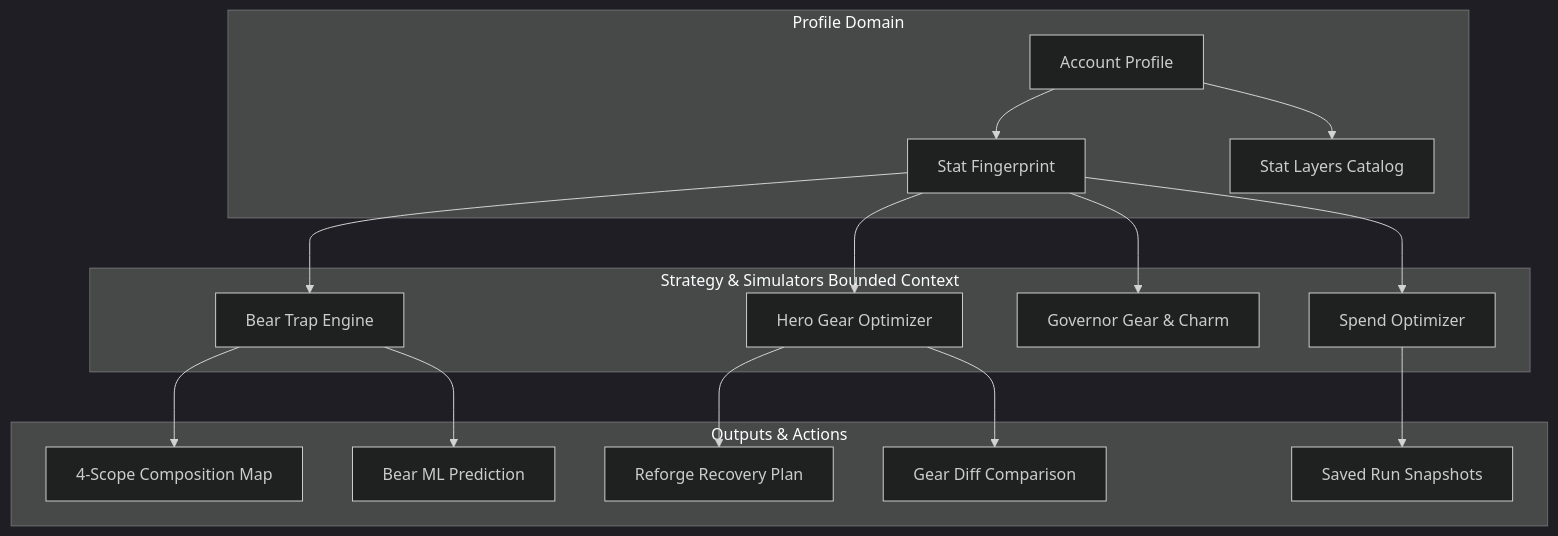
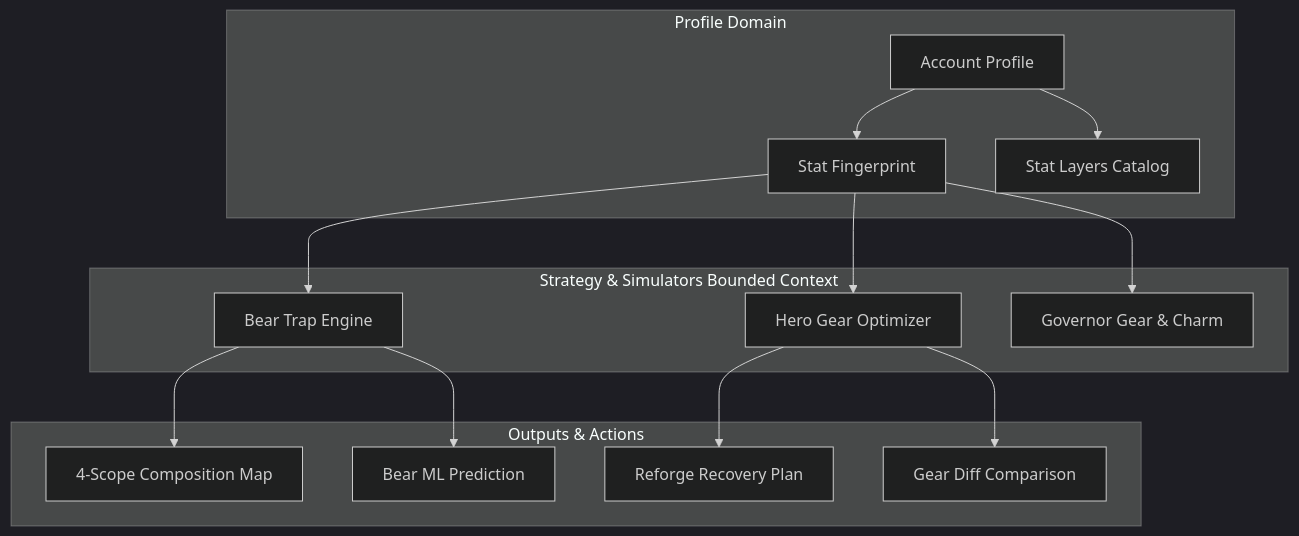
One commit to cristianrusu777/Kingshot-Events-Tracker-DOCS changed the diagram in docs/simulators/overview.md. Above: the diagram before and after it, drawn with Mermaid (dark theme). The commit also changed other lines of this file and 48 other files, not shown here.

````diff
--- a/docs/simulators/overview.md
+++ b/docs/simulators/overview.md
@@ -31,22 +30,20 @@
 ```mermaid
 graph TD
     subgraph Profile Domain
         AP[Account Profile] --> SF[Stat Fingerprint]
         AP --> SL[Stat Layers Catalog]
     end
 
     subgraph Strategy & Simulators Bounded Context
         SF --> BTE[Bear Trap Engine]
         SF --> HGO[Hero Gear Optimizer]
         SF --> GGO[Governor Gear & Charm]
-        SF --> SO[Spend Optimizer]
     end
 
     subgraph Outputs & Actions
         BTE --> BCM[4-Scope Composition Map]
         BTE --> MLP[Bear ML Prediction]
         HGO --> RRP[Reforge Recovery Plan]
         HGO --> GDC[Gear Diff Comparison]
-        SO --> SRS[Saved Run Snapshots]
     end
 ```
````
